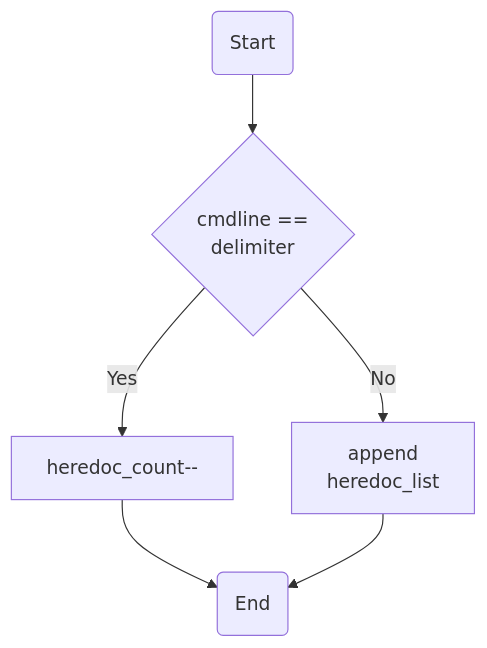
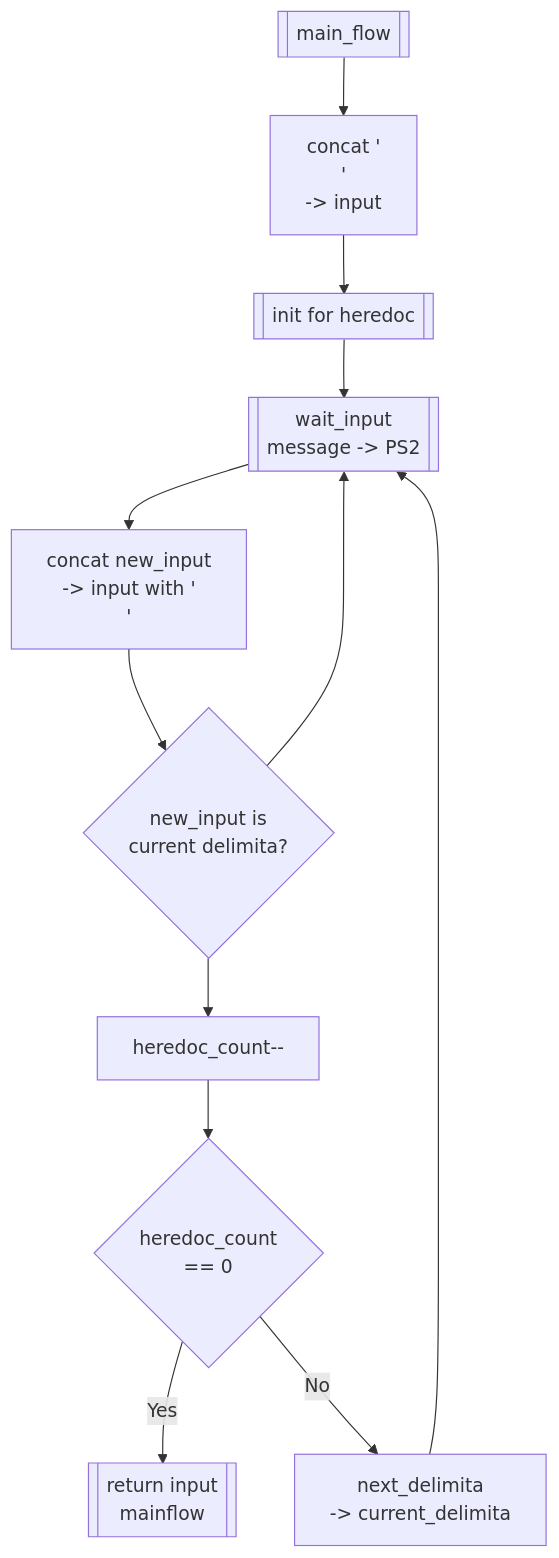
Before and after one commit to PalmNeko/minishell: the second of 2 diagrams in docs/design_recive_input.md, drawn with Mermaid. The commit also changed other lines of this file and 1 other file, not shown here.

````diff
--- a/docs/design_recive_input.md
+++ b/docs/design_recive_input.md
@@ -45,15 +102,31 @@
 ``` mermaid
-flowchart
-A("Start")
-B{"cmdline == 
- delimiter"}
-C["heredoc_count--"]
-D["append 
-heredoc_list"]
+flowchart TD
 
-Z("End")
+%%mainflow
+AA[["main_flow"]]
+AAA["concat '\n' 
+-> input"]
+A[["init for heredoc"]]
+B[["wait_input
+message -> PS2"]]
+C_1["concat new_input 
+-> input with '\n'"]
+C{new_input is 
+current delimita?}
+%%delimita
+C_2["heredoc_count--"]
+C_3{"heredoc_count
+ == 0"}
+C_4["next_delimita
+-> current_delimita"]
+D[[return input
+mainflow]]
 
-A --> B
-B --> |"Yes"| C --> Z
-B --> |"No"| D --> Z
+
+
+AA --> AAA --> A --> B --> C_1 --> C
+C --> B 
+C --> C_2 --> C_3
+C_3 --> |Yes| D
+C_3 --> |No| C_4 --> B
 ```
````
